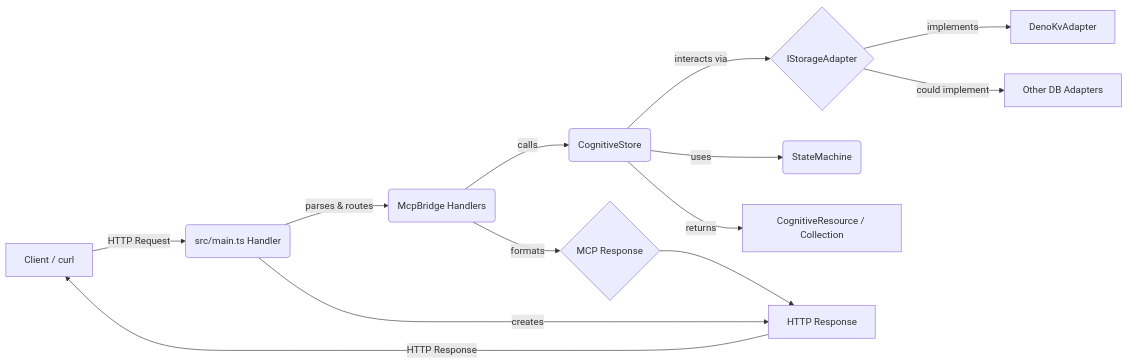
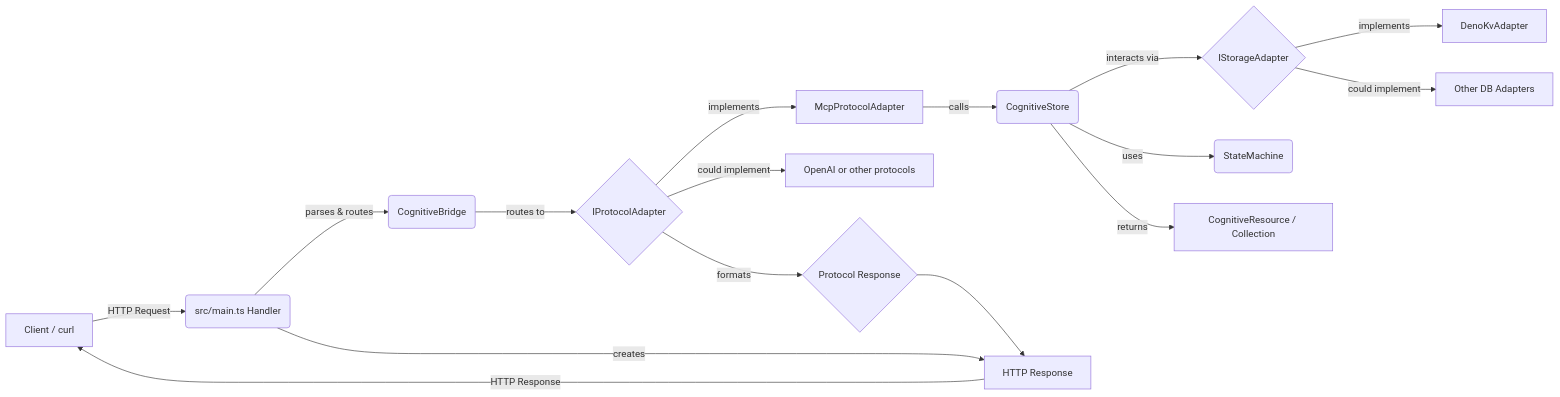
The first of 5 diagrams in docs/current_state/ARCHITECTURE.md (alexradu95/CognitiveHyperMedia), drawn with Mermaid before and after one commit. The commit also changed other lines of this file and 17 other files, not shown here.

````diff
--- a/docs/current_state/ARCHITECTURE.md
+++ b/docs/current_state/ARCHITECTURE.md
@@ -5,15 +5,18 @@
 ```mermaid
 graph LR
     Client[Client / curl] -- HTTP Request --> Server(src/main.ts Handler);
-    Server -- parses & routes --> Bridge(McpBridge Handlers);
-    Bridge -- calls --> Store(CognitiveStore);
+    Server -- parses & routes --> Bridge(CognitiveBridge);
+    Bridge -- routes to --> ProtoAdapter{IProtocolAdapter};
+    ProtoAdapter -- implements --> McpAdapter[McpProtocolAdapter];
+    ProtoAdapter -- could implement --> OpenAIAdapter[OpenAI or other protocols];
+    McpAdapter -- calls --> Store(CognitiveStore);
     Store -- interacts via --> Adapter{IStorageAdapter};
     Adapter -- implements --> DenoKV[DenoKvAdapter];
     Adapter -- could implement --> OtherDB[Other DB Adapters];
     Store -- uses --> SM(StateMachine);
     Store -- returns --> Resource[CognitiveResource / Collection];
-    Bridge -- formats --> McpResp{MCP Response};
+    ProtoAdapter -- formats --> Response{Protocol Response};
     Server -- creates --> HttpResp[HTTP Response];
-    McpResp --> HttpResp;
+    Response --> HttpResp;
     HttpResp -- HTTP Response --> Client;
 ```
````
